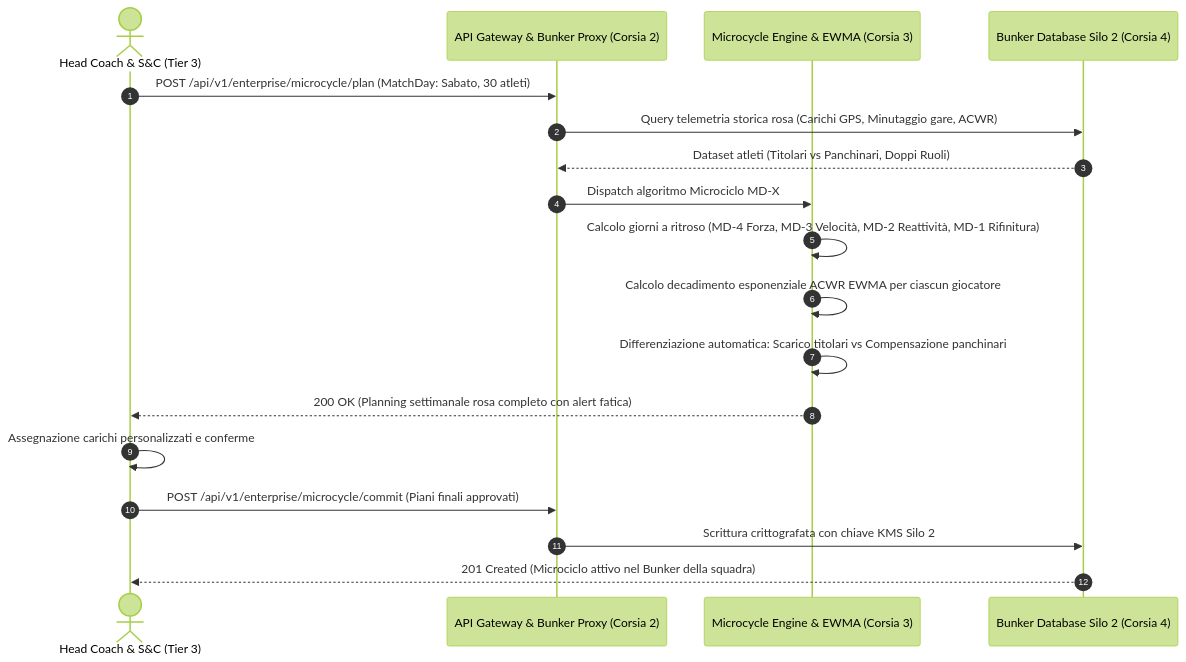
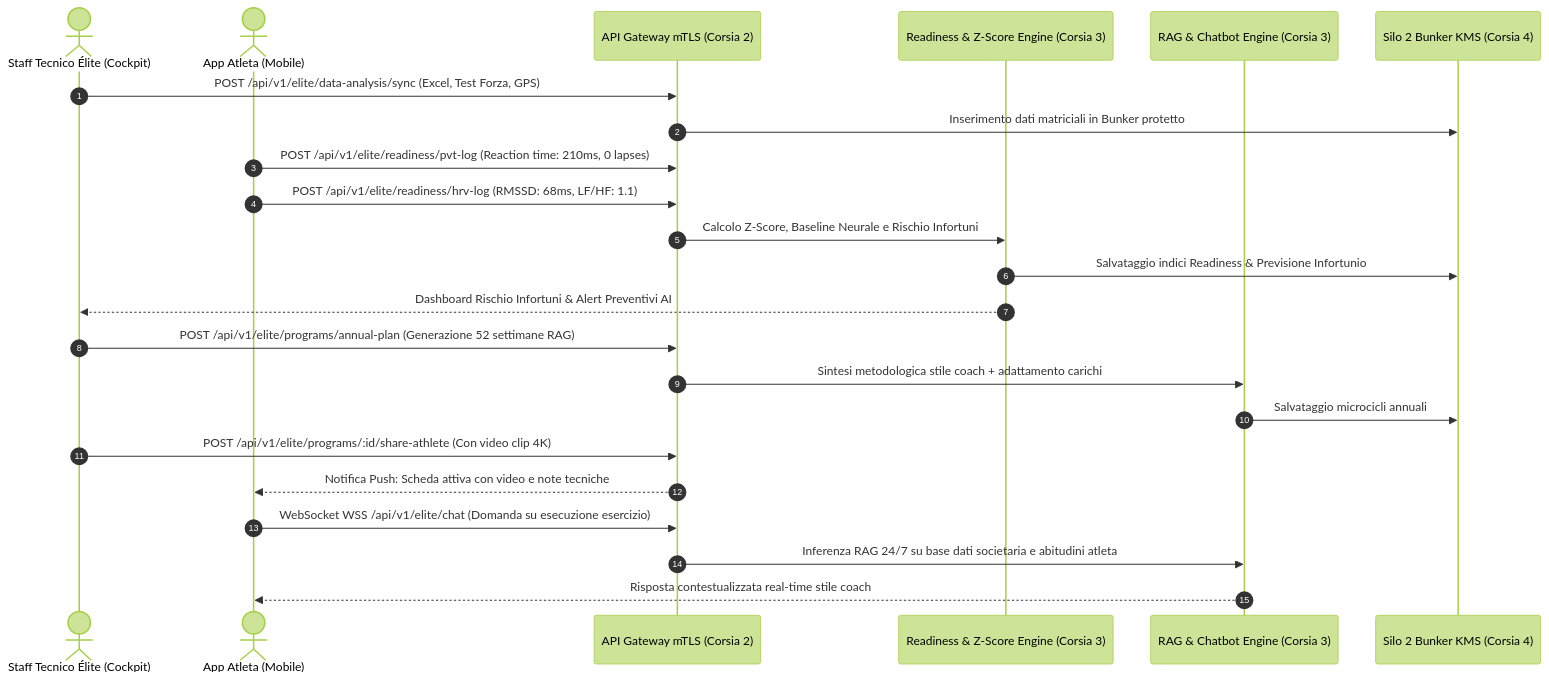
The first of 2 diagrams in architecture-blueprint/00-capitolato-tecnico-e-glossario/15-software-3-flow-3c-team-microcycle-mdx.md (sportscience2025-star/Sports-Analytics-Platform---T7-Workout-APP), drawn with Mermaid (forest theme) before and after one commit. The commit also changed other lines of this file and 16 other files, not shown here.

Commit message:
feat(miro): align Col 3 flowcharts #03, #09, #15 to 3-tiers programming specifications and readiness section

````diff
--- a/architecture-blueprint/00-capitolato-tecnico-e-glossario/15-software-3-flow-3c-team-microcycle-mdx.md
+++ b/architecture-blueprint/00-capitolato-tecnico-e-glossario/15-software-3-flow-3c-team-microcycle-mdx.md
@@ -57,22 +59,28 @@
 ```mermaid
 sequenceDiagram
     autonumber
-    actor Coach as Head Coach & S&C (Tier 3)
-    participant GW as API Gateway & Bunker Proxy (Corsia 2)
-    participant SRV as Microcycle Engine & EWMA (Corsia 3)
-    participant SILO2 as Bunker Database Silo 2 (Corsia 4)
+    actor Staff as Staff Tecnico Élite (Cockpit)
+    actor Atleta as App Atleta (Mobile)
+    participant GW as API Gateway mTLS (Corsia 2)
+    participant READY as Readiness & Z-Score Engine (Corsia 3)
+    participant RAG as RAG & Chatbot Engine (Corsia 3)
+    participant DB as Silo 2 Bunker KMS (Corsia 4)
 
-    Coach->>GW: POST /api/v1/enterprise/microcycle/plan (MatchDay: Sabato, 30 atleti)
-    GW->>SILO2: Query telemetria storica rosa (Carichi GPS, Minutaggio gare, ACWR)
-    SILO2-->>GW: Dataset atleti (Titolari vs Panchinari, Doppi Ruoli)
-    GW->>SRV: Dispatch algoritmo Microciclo MD-X
-    SRV->>SRV: Calcolo giorni a ritroso (MD-4 Forza, MD-3 Velocità, MD-2 Reattività, MD-1 Rifinitura)
-    SRV->>SRV: Calcolo decadimento esponenziale ACWR EWMA per ciascun giocatore
-    SRV->>SRV: Differenziazione automatica: Scarico titolari vs Compensazione panchinari
-    SRV-->>Coach: 200 OK (Planning settimanale rosa completo con alert fatica)
+    Staff->>GW: POST /api/v1/elite/data-analysis/sync (Excel, Test Forza, GPS)
+    GW->>DB: Inserimento dati matriciali in Bunker protetto
+    Atleta->>GW: POST /api/v1/elite/readiness/pvt-log (Reaction time: 210ms, 0 lapses)
+    Atleta->>GW: POST /api/v1/elite/readiness/hrv-log (RMSSD: 68ms, LF/HF: 1.1)
+    GW->>READY: Calcolo Z-Score, Baseline Neurale e Rischio Infortuni
+    READY->>DB: Salvataggio indici Readiness & Previsione Infortunio
+    READY-->>Staff: Dashboard Rischio Infortuni & Alert Preventivi AI
 
-    Coach->>Coach: Assegnazione carichi personalizzati e conferme
-    Coach->>GW: POST /api/v1/enterprise/microcycle/commit (Piani finali approvati)
-    GW->>SILO2: Scrittura crittografata con chiave KMS Silo 2
-    SILO2-->>Coach: 201 Created (Microciclo attivo nel Bunker della squadra)
+    Staff->>GW: POST /api/v1/elite/programs/annual-plan (Generazione 52 settimane RAG)
+    GW->>RAG: Sintesi metodologica stile coach + adattamento carichi
+    RAG->>DB: Salvataggio microcicli annuali
+    Staff->>GW: POST /api/v1/elite/programs/:id/share-athlete (Con video clip 4K)
+    GW-->>Atleta: Notifica Push: Scheda attiva con video e note tecniche
+
+    Atleta->>GW: WebSocket WSS /api/v1/elite/chat (Domanda su esecuzione esercizio)
+    GW->>RAG: Inferenza RAG 24/7 su base dati societaria e abitudini atleta
+    RAG-->>Atleta: Risposta contestualizzata real-time stile coach
 ```
````
